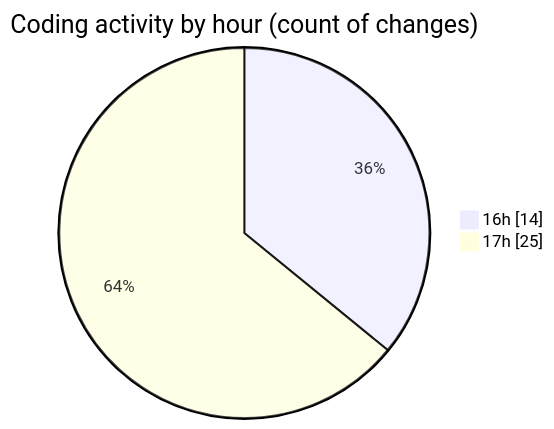
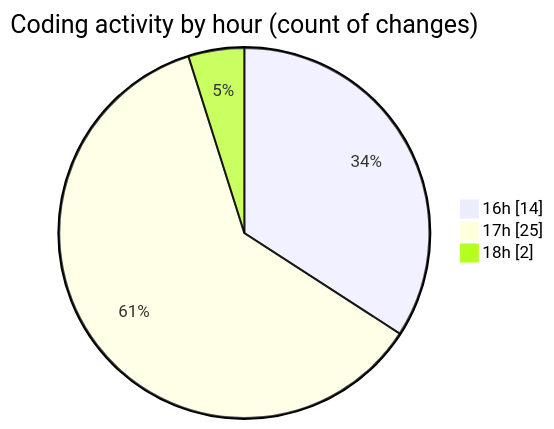
Before and after one commit to debugP/code-tracking: the second of 2 diagrams in 2026-10-20/untitled__workspace_/README.md, drawn with Mermaid. The commit also changed other lines of this file and 1 other file, not shown here.

````diff
--- a/2026-10-20/untitled__workspace_/README.md
+++ b/2026-10-20/untitled__workspace_/README.md
@@ -30,6 +30,7 @@
 ```mermaid
 pie showData
 title Coding activity by hour (count of changes)
 "16h" : 14
 "17h" : 25
+"18h" : 2
 ```
````
